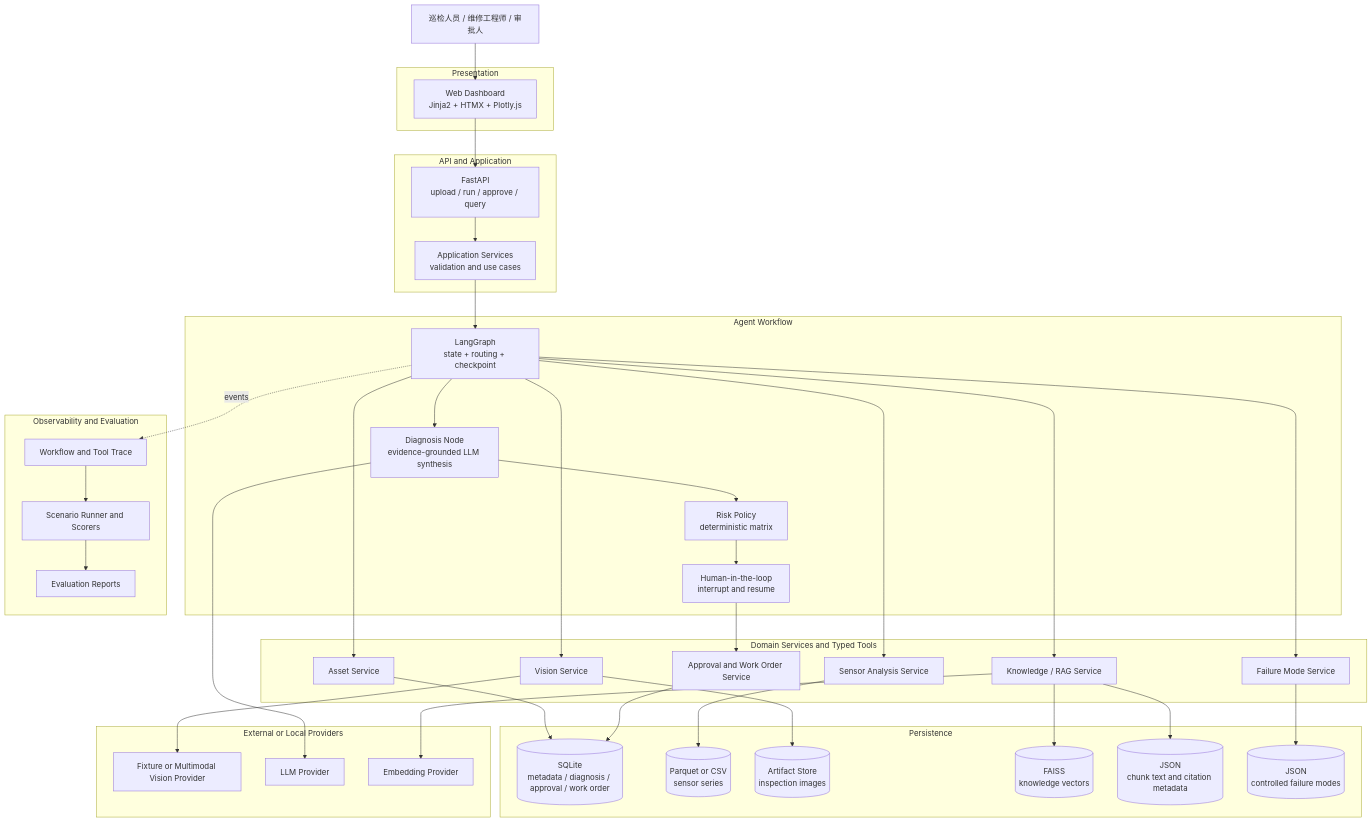
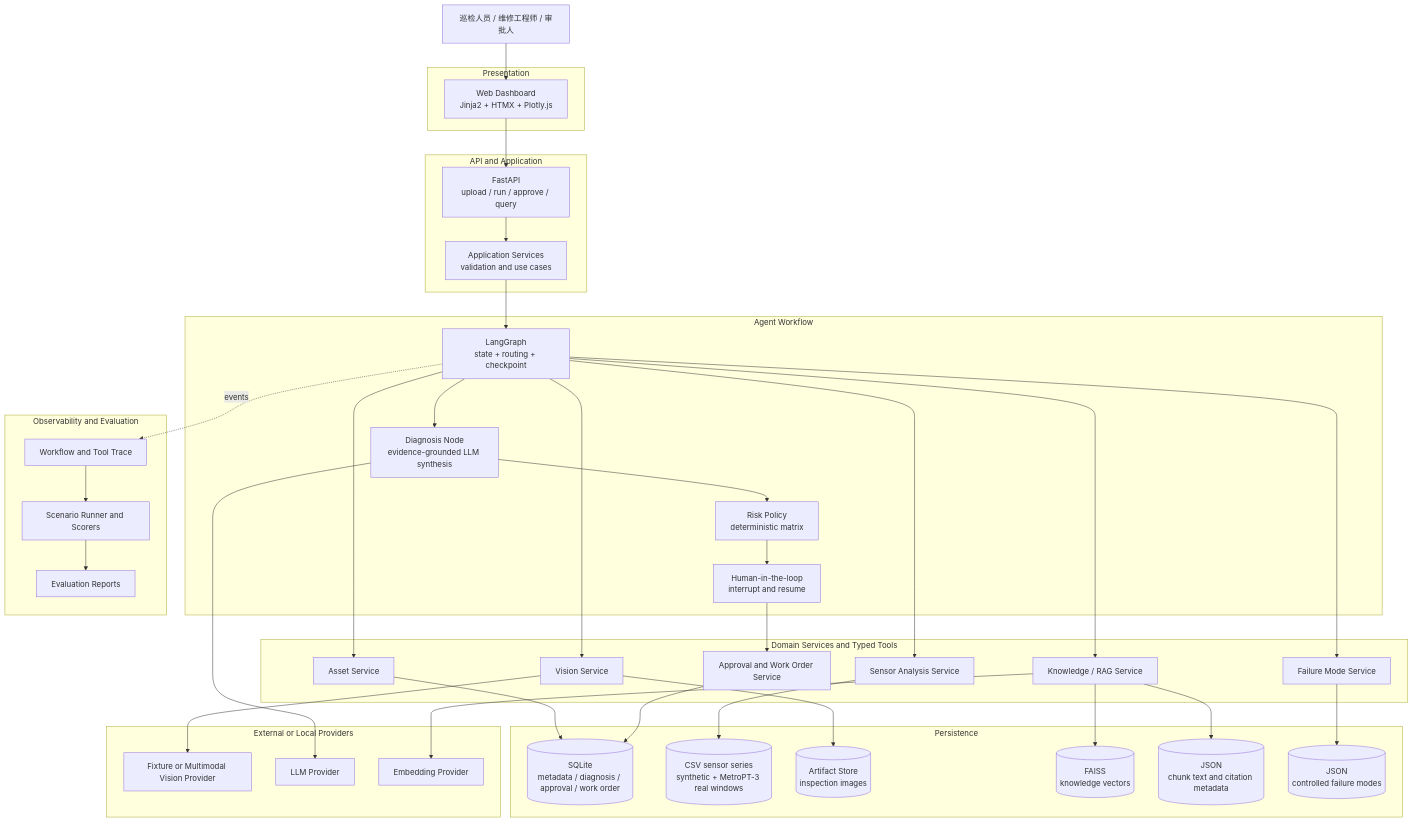
One commit to zhanglonglong01/multimodal-industrial-inspection-agent changed the first of 5 diagrams in docs/ARCHITECTURE.md. Above: the diagram before and after it, drawn with Mermaid. The commit also changed other lines of this file and 24 other files, not shown here.

Commit message:
Add MetroPT-3 real sensor profile and CI evaluation

````diff
--- a/docs/ARCHITECTURE.md
+++ b/docs/ARCHITECTURE.md
@@ -17,73 +17,73 @@
 ```mermaid
 flowchart TB
     User["巡检人员 / 维修工程师 / 审批人"]
 
     subgraph Presentation["Presentation"]
         Dashboard["Web Dashboard<br/>Jinja2 + HTMX + Plotly.js"]
     end
 
     subgraph Application["API and Application"]
         API["FastAPI<br/>upload / run / approve / query"]
         UseCases["Application Services<br/>validation and use cases"]
     end
 
     subgraph Workflow["Agent Workflow"]
         Graph["LangGraph<br/>state + routing + checkpoint"]
         Diagnosis["Diagnosis Node<br/>evidence-grounded LLM synthesis"]
         Risk["Risk Policy<br/>deterministic matrix"]
         HITL["Human-in-the-loop<br/>interrupt and resume"]
     end
 
     subgraph Domain["Domain Services and Typed Tools"]
         AssetSvc["Asset Service"]
         VisionSvc["Vision Service"]
         SensorSvc["Sensor Analysis Service"]
         FailureSvc["Failure Mode Service"]
         KnowledgeSvc["Knowledge / RAG Service"]
         WorkOrderSvc["Approval and Work Order Service"]
     end
 
     subgraph Storage["Persistence"]
         SQLite[("SQLite<br/>metadata / diagnosis / approval / work order")]
-        Series[("Parquet or CSV<br/>sensor series")]
+        Series[("CSV sensor series<br/>synthetic + MetroPT-3 real windows")]
         Files[("Artifact Store<br/>inspection images")]
         FAISS[("FAISS<br/>knowledge vectors")]
         KnowledgeMeta[("JSON<br/>chunk text and citation metadata")]
         FailureCatalog[("JSON<br/>controlled failure modes")]
     end
 
     subgraph Providers["External or Local Providers"]
         VisionProvider["Fixture or Multimodal Vision Provider"]
         LLMProvider["LLM Provider"]
         EmbedProvider["Embedding Provider"]
     end
 
     subgraph Quality["Observability and Evaluation"]
         Trace["Workflow and Tool Trace"]
         Eval["Scenario Runner and Scorers"]
         Report["Evaluation Reports"]
     end
 
     User --> Dashboard --> API --> UseCases --> Graph
     Graph --> AssetSvc
     Graph --> VisionSvc
     Graph --> SensorSvc
     Graph --> FailureSvc
     Graph --> KnowledgeSvc
     Graph --> Diagnosis --> Risk --> HITL
     HITL --> WorkOrderSvc
 
     AssetSvc --> SQLite
     VisionSvc --> Files
     VisionSvc --> VisionProvider
     SensorSvc --> Series
     FailureSvc --> FailureCatalog
     KnowledgeSvc --> FAISS
     KnowledgeSvc --> KnowledgeMeta
     KnowledgeSvc --> EmbedProvider
     Diagnosis --> LLMProvider
     WorkOrderSvc --> SQLite
 
     Graph -. "events" .-> Trace
     Trace --> Eval --> Report
 ```
````
